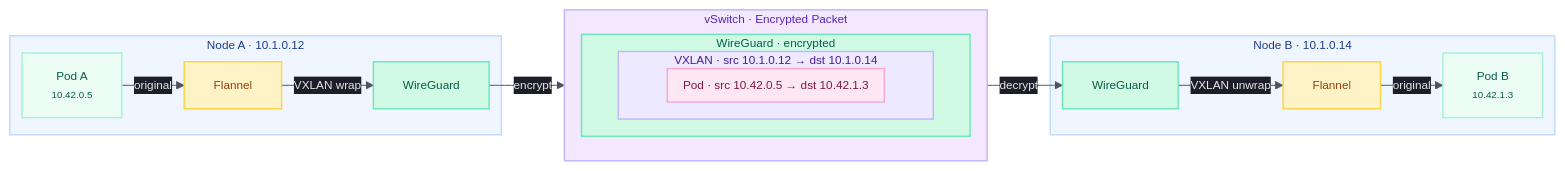
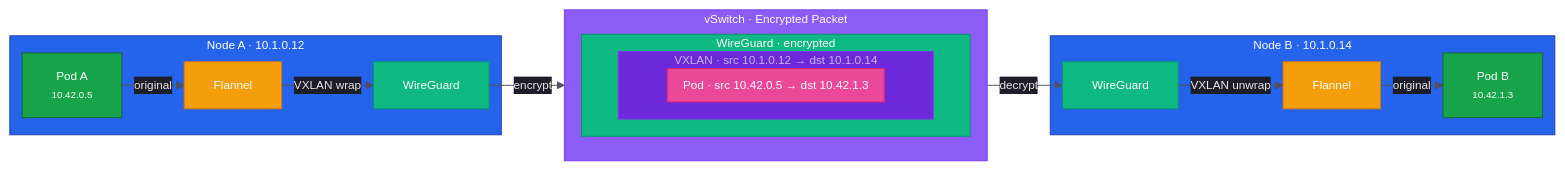
Before and after one commit to philprime/philprime.dev: the second of 2 diagrams in guides/migrating-k3s-to-rke2/lesson-6.md, drawn with Mermaid. The commit also changed other lines of this file and 1 other file, not shown here.

````diff
--- a/guides/migrating-k3s-to-rke2/lesson-6.md
+++ b/guides/migrating-k3s-to-rke2/lesson-6.md
@@ -258,50 +178,49 @@
 ```mermaid!
 %%{init: {"theme": "base", "flowchart": {"nodeSpacing": 15, "rankSpacing": 25}, "themeVariables": {"fontSize": "12px", "background": "#181818", "textColor": "#c8c8d0", "lineColor": "#505060", "primaryColor": "#2a2a3a", "primaryTextColor": "#e6e6e6", "primaryBorderColor": "#404050", "clusterBkg": "#1e1e28", "clusterBorder": "#3a3a4a", "edgeLabelBackground": "#1e1e28", "titleColor": "#c8c8d0"}}}%%
 flowchart LR
     subgraph NodeA["Node A · 10.1.0.12"]
         PodA["Pod A<br/><small>10.42.0.5</small>"]
         FA["Flannel"]
         WA["WireGuard"]
     end
 
     subgraph Wire["vSwitch · Encrypted Packet"]
-        direction TB
         subgraph WG["WireGuard · encrypted"]
             subgraph Outer["VXLAN · src 10.1.0.12 → dst 10.1.0.14"]
                 subgraph Inner["Pod · src 10.42.0.5 → dst 10.42.1.3"]
                 end
             end
         end
     end
 
     subgraph NodeB["Node B · 10.1.0.14"]
         WB["WireGuard"]
         FB["Flannel"]
         PodB["Pod B<br/><small>10.42.1.3</small>"]
     end
 
     PodA -->|"original"| FA
     FA -->|"VXLAN wrap"| WA
     WA -->|"encrypt"| Wire
     Wire -->|"decrypt"| WB
     WB -->|"VXLAN unwrap"| FB
     FB -->|"original"| PodB
 
-    classDef node fill:#eff6ff,color:#1e3a8a,stroke:#bfdbfe,stroke-width:1.5px
-    classDef pod fill:#ecfdf5,color:#065f46,stroke:#a7f3d0,stroke-width:1.5px
-    classDef flannel fill:#fef3c7,color:#92400e,stroke:#fcd34d,stroke-width:1.5px
-    classDef wg fill:#d1fae5,color:#065f46,stroke:#6ee7b7,stroke-width:1.5px
-    classDef wire fill:#f3e8ff,color:#5b21b6,stroke:#c4b5fd,stroke-width:1.5px
-    classDef outer fill:#ede9fe,color:#4c1d95,stroke:#c4b5fd,stroke-width:1.5px
-    classDef inner fill:#fce7f3,color:#831843,stroke:#f9a8d4,stroke-width:1.5px
-    classDef encrypted fill:#d1fae5,color:#065f46,stroke:#6ee7b7,stroke-width:1.5px
+    classDef node fill:#2563eb,color:#fff,stroke:#1e40af
+    classDef pod fill:#16a34a,color:#fff,stroke:#166534
+    classDef flannel fill:#f59e0b,color:#fff,stroke:#d97706
+    classDef wg fill:#10b981,color:#fff,stroke:#059669
+    classDef wire fill:#8b5cf6,color:#fff,stroke:#7c3aed
+    classDef encrypted fill:#10b981,color:#fff,stroke:#059669
+    classDef outer fill:#6d28d9,color:#c4b5fd,stroke:#7c3aed
+    classDef inner fill:#ec4899,color:#fff,stroke:#db2777
 
     class NodeA,NodeB node
     class PodA,PodB pod
     class FA,FB flannel
     class WA,WB wg
     class Wire wire
     class WG encrypted
     class Outer outer
     class Inner inner
 ```
````
